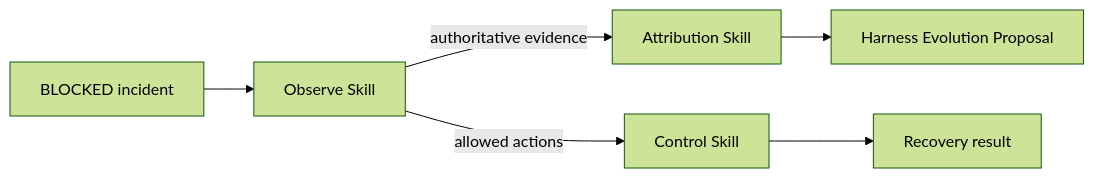
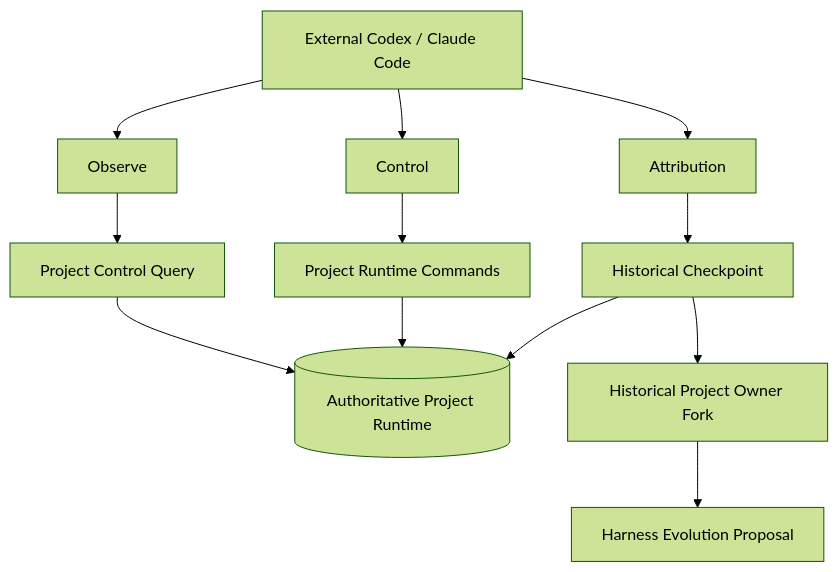
The ninth of 10 diagrams in docs/architecture.md (aowo-1345/AgentPanelX), drawn with Mermaid (forest theme) before and after one commit. The commit also changed other lines of this file and 13 other files, not shown here.

Commit message:
feat: publish the runtime-backed project console

````diff
--- a/docs/architecture.md
+++ b/docs/architecture.md
@@ -136,15 +360,25 @@
 ```mermaid
-flowchart LR
-    Incident[BLOCKED incident]
-    Observe[Observe Skill]
-    Control[Control Skill]
-    Attribution[Attribution Skill]
-    Recovery[Recovery result]
+flowchart TB
+    Codex[External Codex / Claude Code]
+    Observe[Observe]
+    Control[Control]
+    Attribution[Attribution]
+    Query[Project Control Query]
+    Commands[Project Runtime Commands]
+    Checkpoint[Historical Checkpoint]
+    Historical[Historical Project Owner Fork]
+    Runtime[(Authoritative Project Runtime)]
     Proposal[Harness Evolution Proposal]
 
-    Incident --> Observe
-    Observe -->|authoritative evidence| Attribution
-    Observe -->|allowed actions| Control
-    Control --> Recovery
-    Attribution --> Proposal
+    Codex --> Observe
+    Codex --> Control
+    Codex --> Attribution
+    Observe --> Query
+    Query --> Runtime
+    Control --> Commands
+    Commands --> Runtime
+    Attribution --> Checkpoint
+    Checkpoint --> Runtime
+    Checkpoint --> Historical
+    Historical --> Proposal
 ```
````
